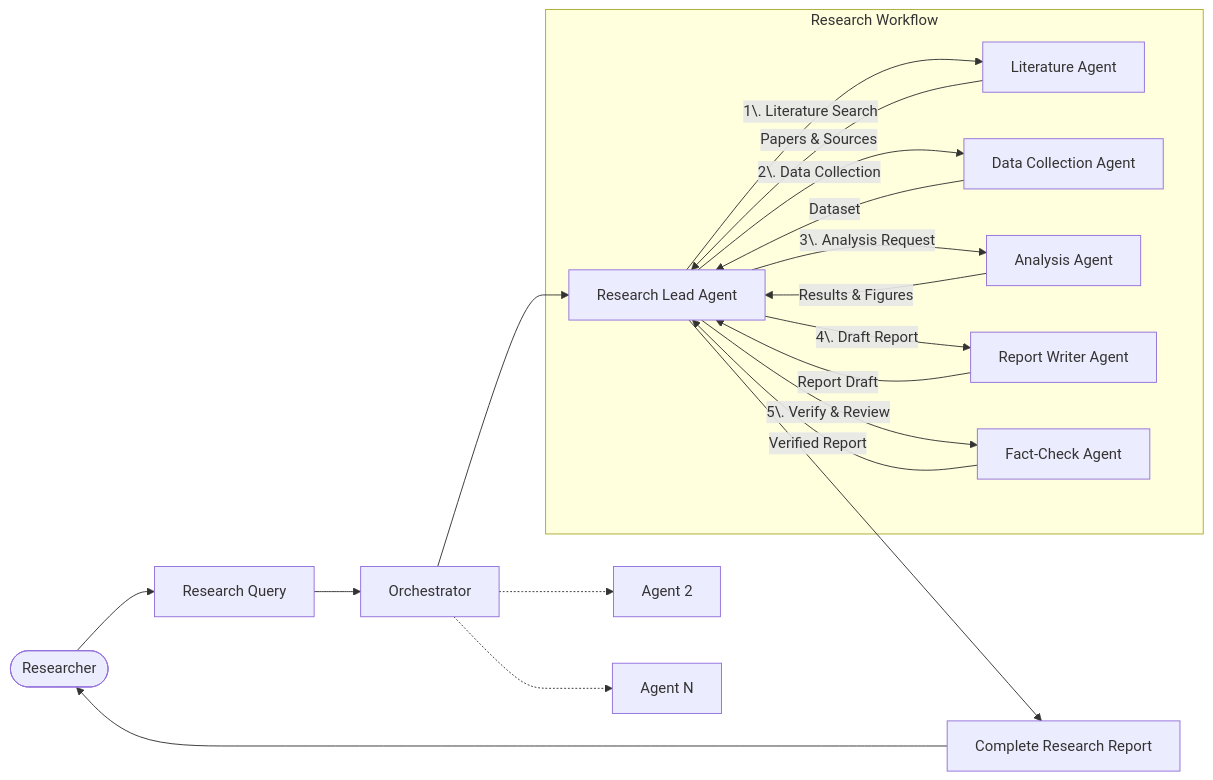
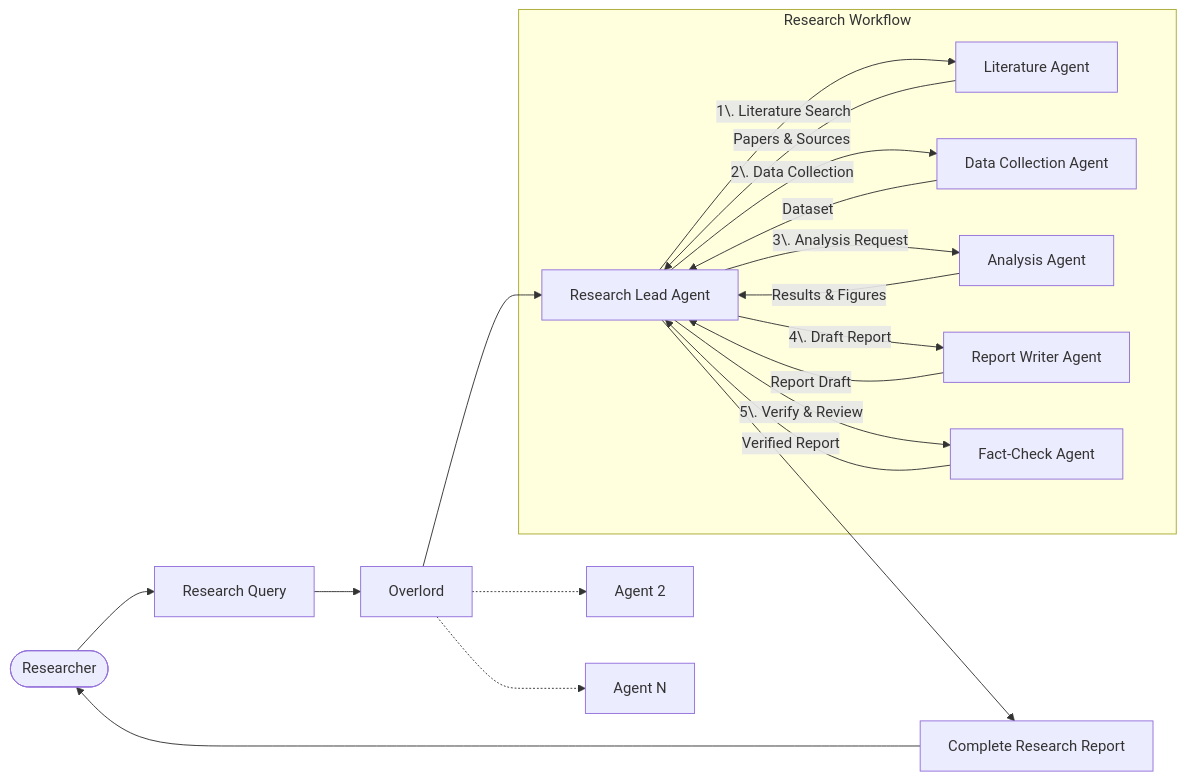
The eighth of 9 diagrams in Whitepaper.md (muxi-ai/runtime), drawn with Mermaid before and after one commit. The commit also changed other lines of this file and 56 other files, not shown here.

First line of the commit message:
Refactor Orchestrator to Overlord across the codebase

````diff
--- a/Whitepaper.md
+++ b/Whitepaper.md
@@ -798,29 +798,29 @@
 ```mermaid
 flowchart LR
     User([Researcher]) --> Query[Research Query]
-    Query --> Orchestrator[Orchestrator]
+    Query --> Overlord[Overlord]
 
-    Orchestrator --> ResearchLead[Research Lead Agent]
-    Orchestrator -.-> Agent2[Agent 2]
-    Orchestrator -.-> Agent3[Agent N]
+    Overlord --> ResearchLead[Research Lead Agent]
+    Overlord -.-> Agent2[Agent 2]
+    Overlord -.-> Agent3[Agent N]
 
     subgraph "Research Workflow"
         ResearchLead -- "1\. Literature Search" --> LitAgent[Literature Agent]
         LitAgent -- "Papers & Sources" --> ResearchLead
 
         ResearchLead -- "2\. Data Collection" --> DataAgent[Data Collection Agent]
         DataAgent -- "Dataset" --> ResearchLead
 
         ResearchLead -- "3\. Analysis Request" --> AnalysisAgent[Analysis Agent]
         AnalysisAgent -- "Results & Figures" --> ResearchLead
 
         ResearchLead -- "4\. Draft Report" --> WriterAgent[Report Writer Agent]
         WriterAgent -- "Report Draft" --> ResearchLead
 
         ResearchLead -- "5\. Verify & Review" --> FactCheckAgent[Fact-Check Agent]
         FactCheckAgent -- "Verified Report" --> ResearchLead
     end
 
     ResearchLead --> FinalReport[Complete Research Report]
     FinalReport --> User
 ```
````
